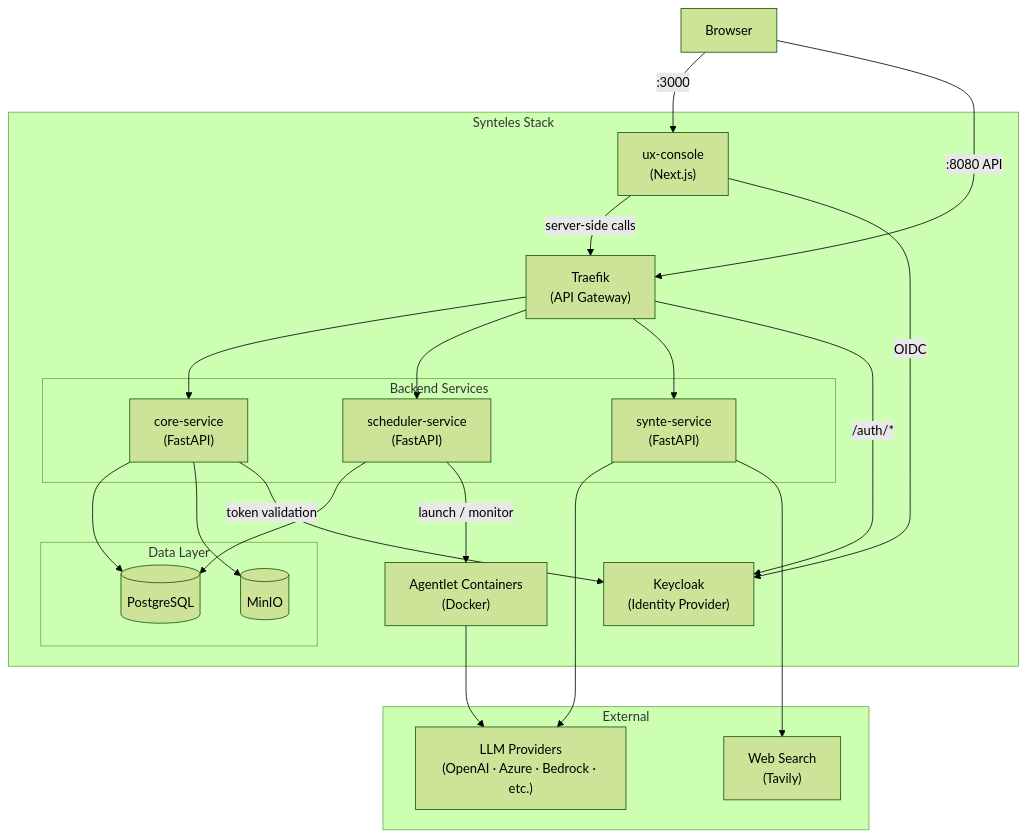
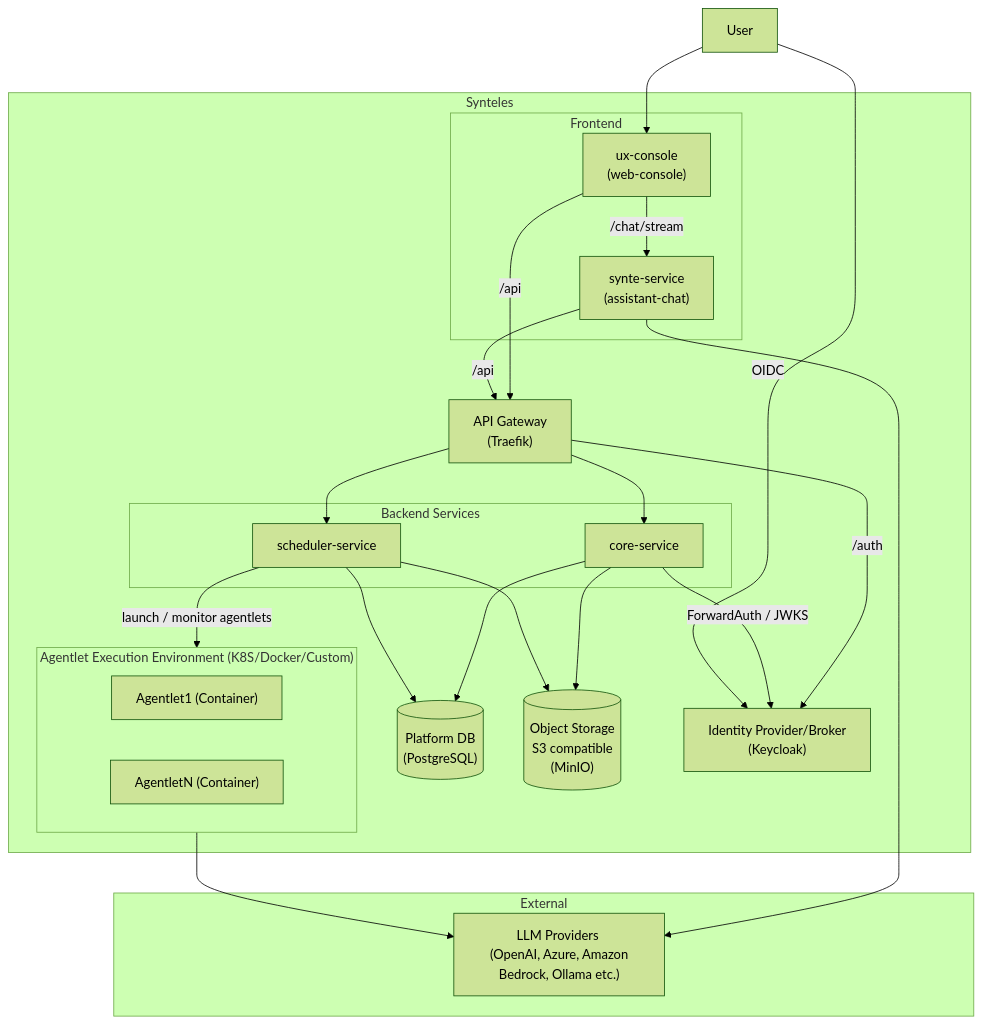
Before and after one commit to Synteles/synteles: the first of 2 diagrams in docs/architecture.md, drawn with Mermaid (forest theme). The commit also changed other lines of this file and 7 other files, not shown here.

````diff
--- a/docs/architecture.md
+++ b/docs/architecture.md
@@ -26,45 +30,52 @@
-```mermaid
+```mermaid 
 graph TB
-    Browser["Browser"]
+    User["User"]
 
-    subgraph Stack["Synteles Stack"]
-        UX["ux-console\n(Next.js)"]
-        Traefik["Traefik\n(API Gateway)"]
+    subgraph Stack["Synteles"]
+
+        subgraph Frontend["Frontend"]
+            UX["ux-console </br> (web-console)"]
+            Synte["synte-service </br> (assistant-chat)"]
+        end
+
+        Traefik["API Gateway </br> (Traefik)"]
 
         subgraph Backend["Backend Services"]
-            Core["core-service\n(FastAPI)"]
-            Scheduler["scheduler-service\n(FastAPI)"]
-            Synte["synte-service\n(FastAPI)"]
+            Core["core-service"]
+            Scheduler["scheduler-service"]
         end
 
-        subgraph Data["Data Layer"]
-            PG[("PostgreSQL")]
-            Minio[("MinIO")]
+
+        PG[("Platform DB </br> (PostgreSQL)")]
+        Minio[("Object Storage </br> S3 compatible </br> (MinIO)")]
+
+        KC["Identity Provider/Broker </br> (Keycloak)"]
+        
+        subgraph EE["Agentlet Execution Environment (K8S/Docker/Custom)"]
+            Agentlet1["Agentlet1 (Container)"]
+            AgentletN["AgentletN (Container)"]
         end
 
-        KC["Keycloak\n(Identity Provider)"]
-        Agents["Agentlet Containers\n(Docker)"]
     end
 
     subgraph External["External"]
-        LLM["LLM Providers\n(OpenAI · Azure · Bedrock · etc.)"]
-        WebSearch["Web Search\n(Tavily)"]
+        LLM["LLM Providers </br> (OpenAI, Azure, Amazon Bedrock, Ollama etc.)"]
     end
 
-    Browser -->|":3000"| UX
-    Browser -->|":8080 API"| Traefik
-    UX -->|"server-side calls"| Traefik
+    User --> UX
+    UX -->|"/api"| Traefik
+    UX -->|"/chat/stream"| Synte
     Traefik --> Core
     Traefik --> Scheduler
-    Traefik --> Synte
-    Traefik -->|"/auth/*"| KC
+    Traefik -->|"/auth"| KC
+    Core -->|"ForwardAuth / JWKS"| KC
+    Synte -->|"/api"| Traefik
     Core --> PG
     Core --> Minio
-    Core -->|"token validation"| KC
     Scheduler --> PG
-    Scheduler -->|"launch / monitor"| Agents
-    Agents --> LLM
+    Scheduler --> Minio
+    Scheduler -->|"launch / monitor agentlets"| EE
+    EE --> LLM
     Synte --> LLM
-    Synte --> WebSearch
-    UX -->|"OIDC"| KC
+    User -->|"OIDC"| KC
 ```
````
